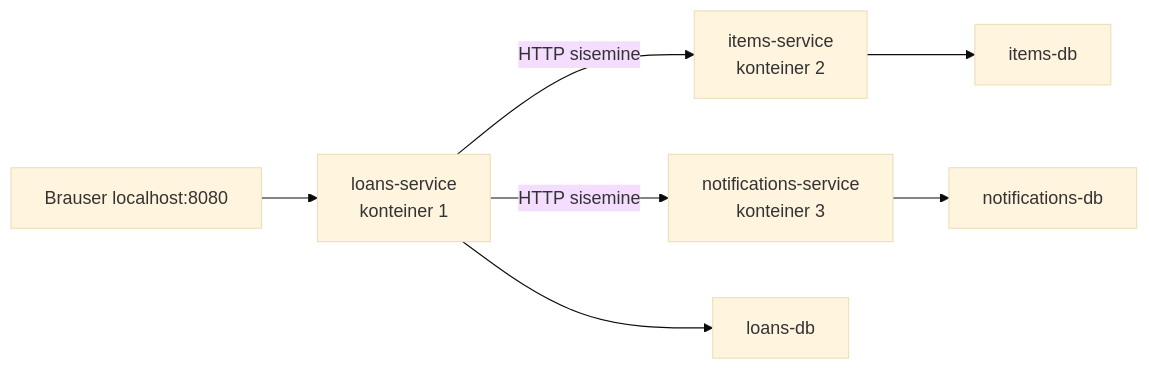
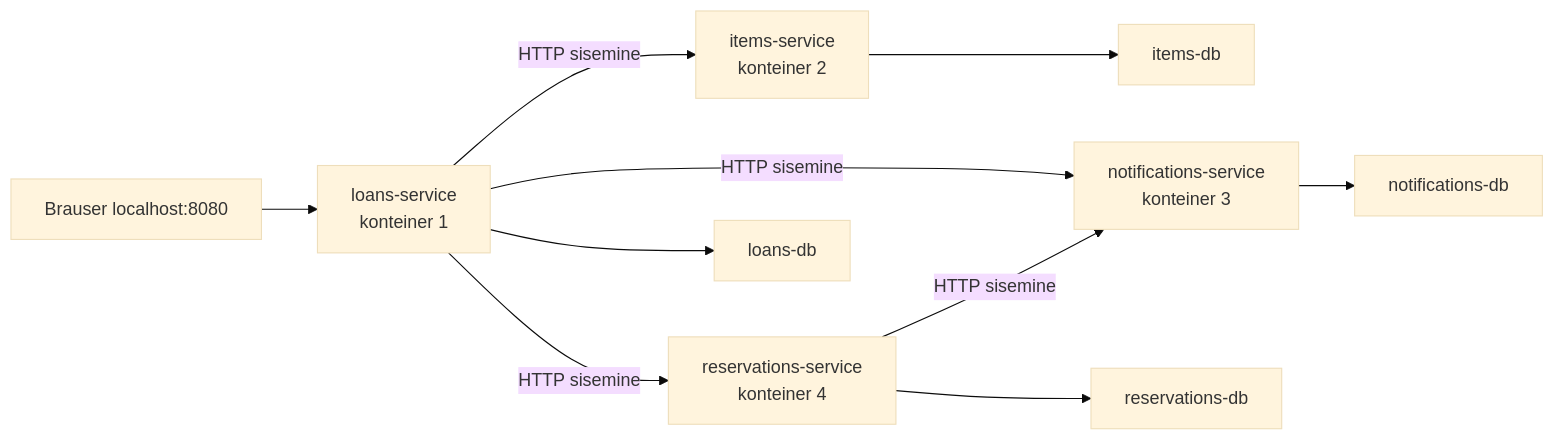
The second of 3 diagrams in lahendus/README.md (sibaraku/mikroteenused_kood), drawn with Mermaid (base theme) before and after one commit. The commit also changed other lines of this file and 1 other file, not shown here.

````diff
--- a/lahendus/README.md
+++ b/lahendus/README.md
@@ -89,17 +99,22 @@
 ```mermaid
 flowchart LR
     Browser["Brauser localhost:8080"]
     Loans["loans-service\nkonteiner 1"]
     Items["items-service\nkonteiner 2"]
     Notif["notifications-service\nkonteiner 3"]
+    Reservations["reservations-service\nkonteiner 4"]
     DB1["loans-db"]
     DB2["items-db"]
     DB3["notifications-db"]
+    DB4["reservations-db"]
 
     Browser --> Loans
     Loans -->|"HTTP sisemine"| Items
     Loans -->|"HTTP sisemine"| Notif
     Loans --> DB1
     Items --> DB2
     Notif --> DB3
+    Loans -->|"HTTP sisemine"| Reservations
+    Reservations -->|"HTTP sisemine"| Notif
+    Reservations --> DB4
 ```
````
